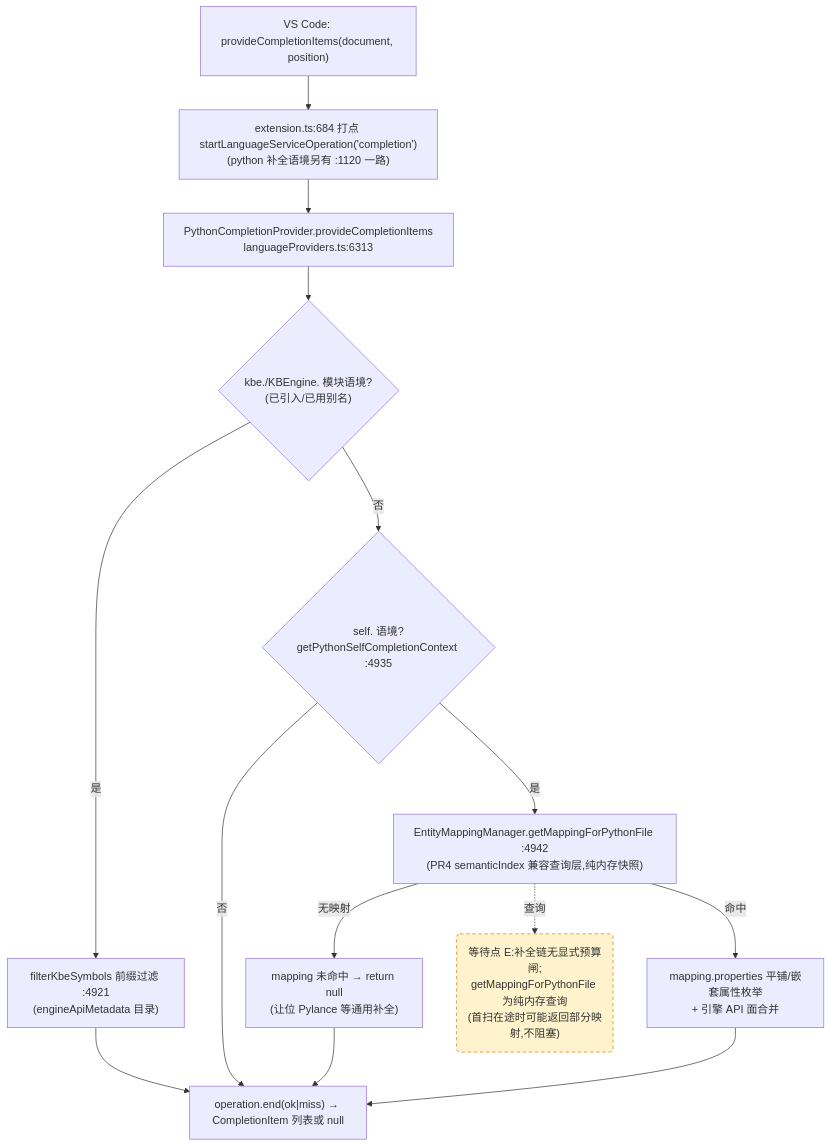
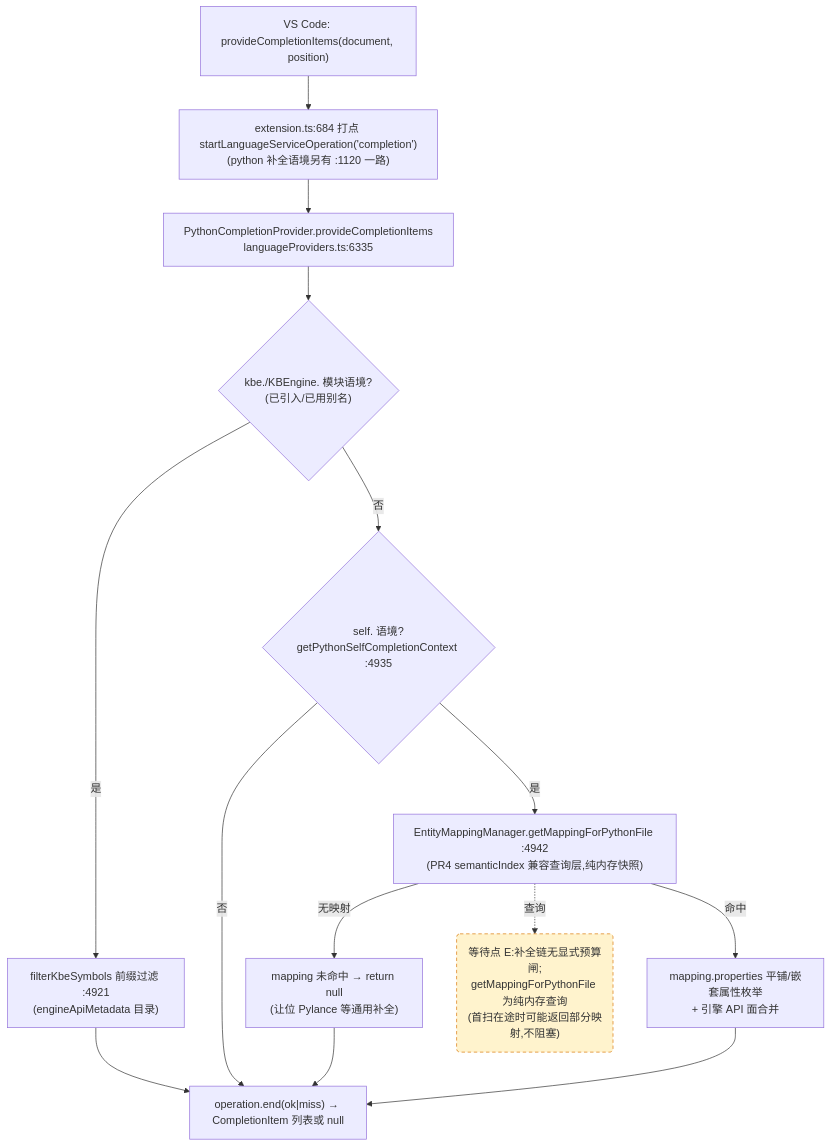
The third of 4 diagrams in docs/perf/2026-baseline.md (cuihairu/kode), drawn with Mermaid before and after one commit. The commit also changed other lines of this file and 3 other files, not shown here.

````diff
--- a/docs/perf/2026-baseline.md
+++ b/docs/perf/2026-baseline.md
@@ -184,27 +184,27 @@
 ```mermaid
 flowchart TD
   VC3["VS Code: provideCompletionItems(document, position)"]
   M3["extension.ts:684 打点 startLanguageServiceOperation('completion')<br/>(python 补全语境另有 :1120 一路)"]
-  CP["PythonCompletionProvider.provideCompletionItems<br/>languageProviders.ts:6313"]
+  CP["PythonCompletionProvider.provideCompletionItems<br/>languageProviders.ts:6335"]
   KBEC{"kbe./KBEngine. 模块语境?<br/>(已引入/已用别名)"}
   FILTER["filterKbeSymbols 前缀过滤 :4921<br/>(engineApiMetadata 目录)"]
   SELFC{"self. 语境?<br/>getPythonSelfCompletionContext :4935"}
   MAP["EntityMappingManager.getMappingForPythonFile :4942<br/>(PR4 semanticIndex 兼容查询层,纯内存快照)"]
   NOMAP["mapping 未命中 → return null<br/>(让位 Pylance 等通用补全)"]
   PROPS["mapping.properties 平铺/嵌套属性枚举<br/>+ 引擎 API 面合并"]
   END3["operation.end(ok|miss) → CompletionItem 列表或 null"]
 
   VC3 --> M3 --> CP --> KBEC
   KBEC -- "是" --> FILTER --> END3
   KBEC -- "否" --> SELFC
   SELFC -- "否" --> END3
   SELFC -- "是" --> MAP
   MAP -- "无映射" --> NOMAP --> END3
   MAP -- "命中" --> PROPS --> END3
 
   WAITE("等待点 E:补全链无显式预算闸;<br/>getMappingForPythonFile 为纯内存查询<br/>(首扫在途时可能返回部分映射,不阻塞)")
   MAP -.->|查询| WAITE
 
   classDef waitPoint fill:#fff3cd,stroke:#d97706,stroke-dasharray:5 4;
   class WAITE waitPoint;
 ```
````
